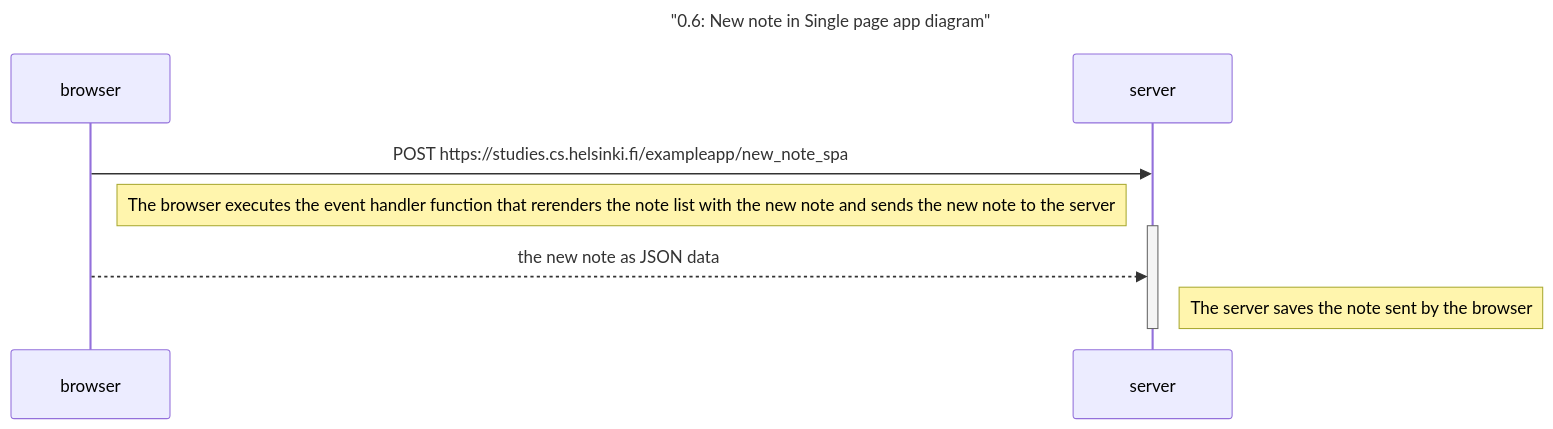
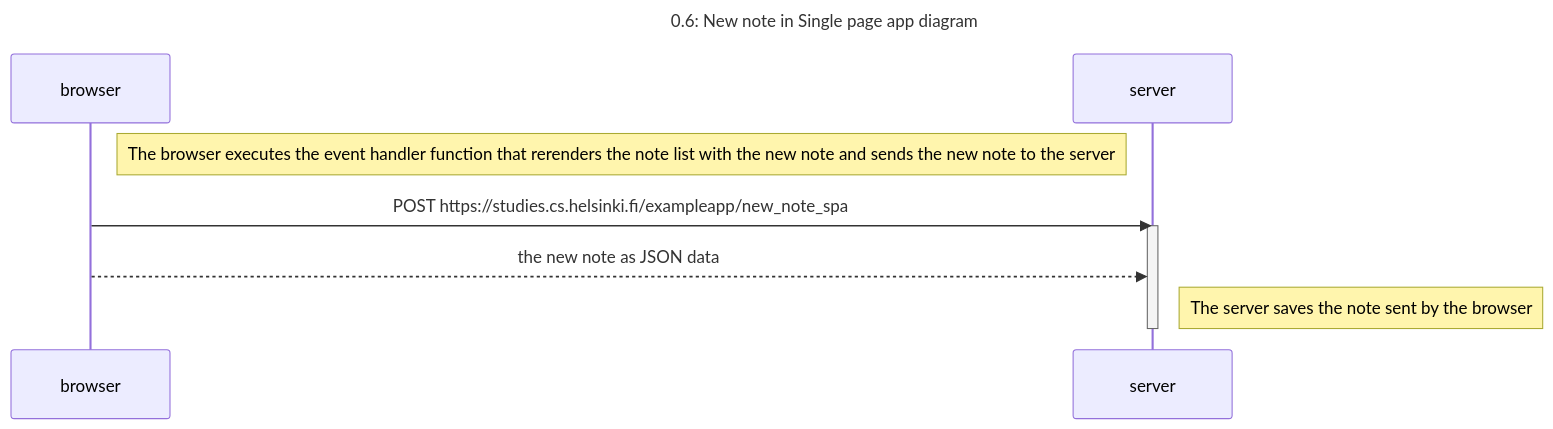
The diagram in part0/part0_6.md (idgafq/fullstackopen-exercises), drawn with Mermaid before and after one commit. The commit also changed 3 other files, not shown here.

````diff
--- a/part0/part0_6.md
+++ b/part0/part0_6.md
@@ -1,13 +1,13 @@
 ```mermaid
 sequenceDiagram
-    title "0.6: New note in Single page app diagram"
+    title 0.6: New note in Single page app diagram
     participant browser
     participant server
     
+    Note right of browser: The browser executes the event handler function that rerenders the note list with the new note and sends the new note to the server
     browser->>server: POST https://studies.cs.helsinki.fi/exampleapp/new_note_spa
-    Note right of browser: The browser executes the event handler function that rerenders the note list with the new note and sends the new note to the server
     activate server
     browser-->>server: the new note as JSON data
     Note right of server: The server saves the note sent by the browser
     deactivate server
 ```
````
